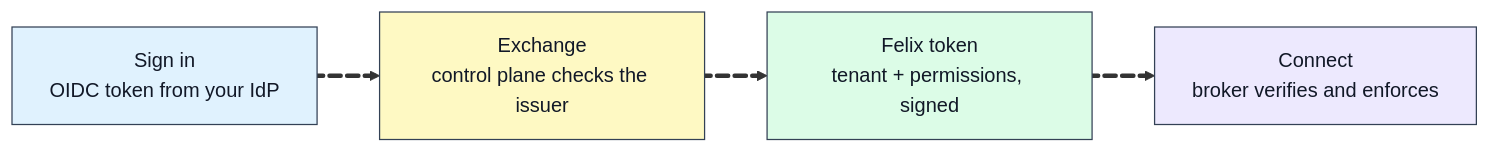
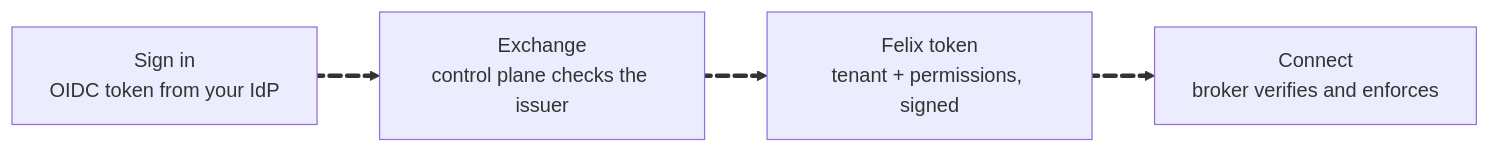
Before and after one commit to gabloe/felix: the second of 6 diagrams in docs-site/src/content/docs/features/security.md, drawn with Mermaid. The commit also changed other lines of this file and 1 other file, not shown here.

Commit message:
fix(docs): let the new diagrams follow the site theme
The site configures astro-mermaid with `autoTheme: true`, which swaps mermaid's
palette with the light/dark toggle. Hardcoded fills override that: a pale fill
sits badly on a dark page, and `stroke:#334155` all but disappears against it.

Matching the hardcoded styles already on the page was the wrong instinct -- it
propagated the problem rather than following the theme. The two new diagrams now
carry no colours at all. Neither needs them: the flow reads left to right with
the animation carrying it, and the scope boundary is shown by subgraphs and
crossed links, so its meaning never depended on colour.

Three older diagrams on the same page still hardcode fills and have the same
issue. Left alone here rather than mixing an unrelated fix into a docs PR.

````diff
--- a/docs-site/src/content/docs/features/security.md
+++ b/docs-site/src/content/docs/features/security.md
@@ -199,15 +199,10 @@
 ```mermaid
 flowchart LR
     A["Sign in<br/>OIDC token from your IdP"] e1@==> B["Exchange<br/>control plane checks the issuer"]
     B e2@==> C["Felix token<br/>tenant + permissions, signed"]
     C e3@==> D["Connect<br/>broker verifies and enforces"]
 
     e1@{ animate: true }
     e2@{ animate: true }
     e3@{ animate: true }
-
-    style A fill:#e0f2fe,stroke:#334155,color:#111827
-    style B fill:#fef9c3,stroke:#334155,color:#111827
-    style C fill:#dcfce7,stroke:#334155,color:#111827
-    style D fill:#ede9fe,stroke:#334155,color:#111827
 ```
````
